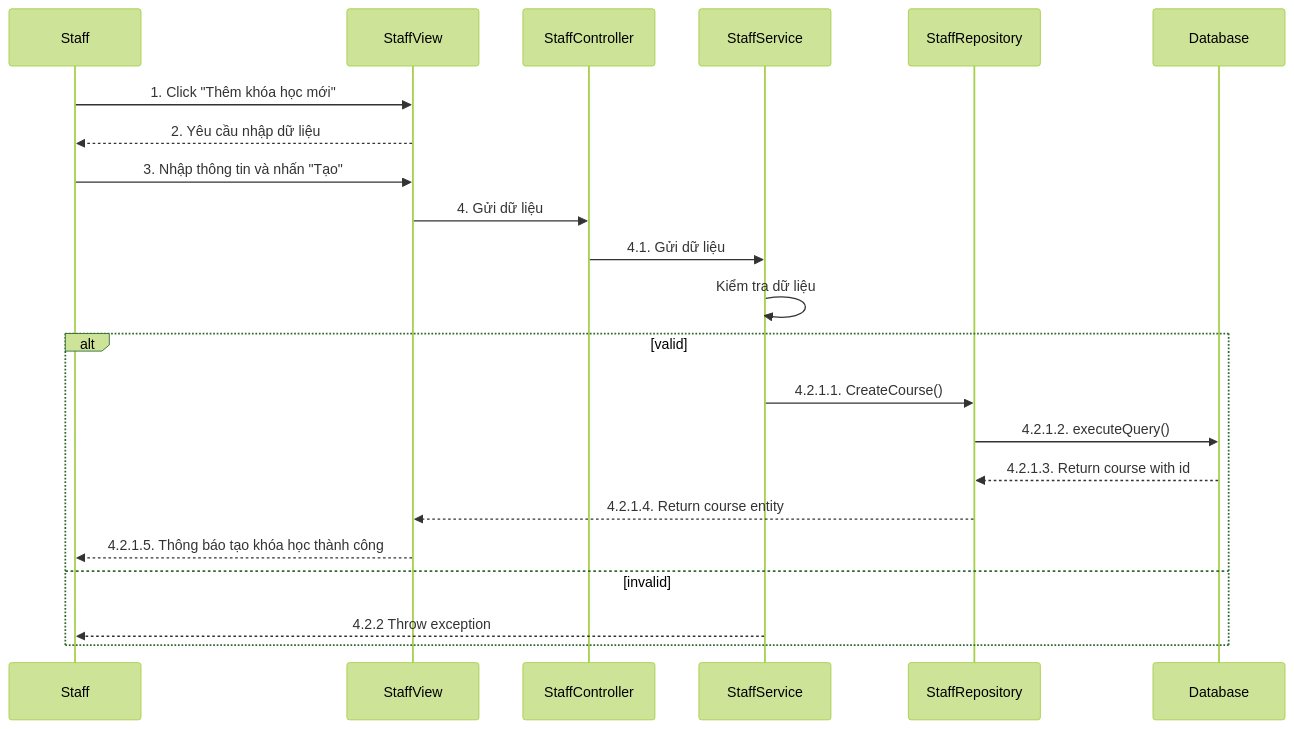
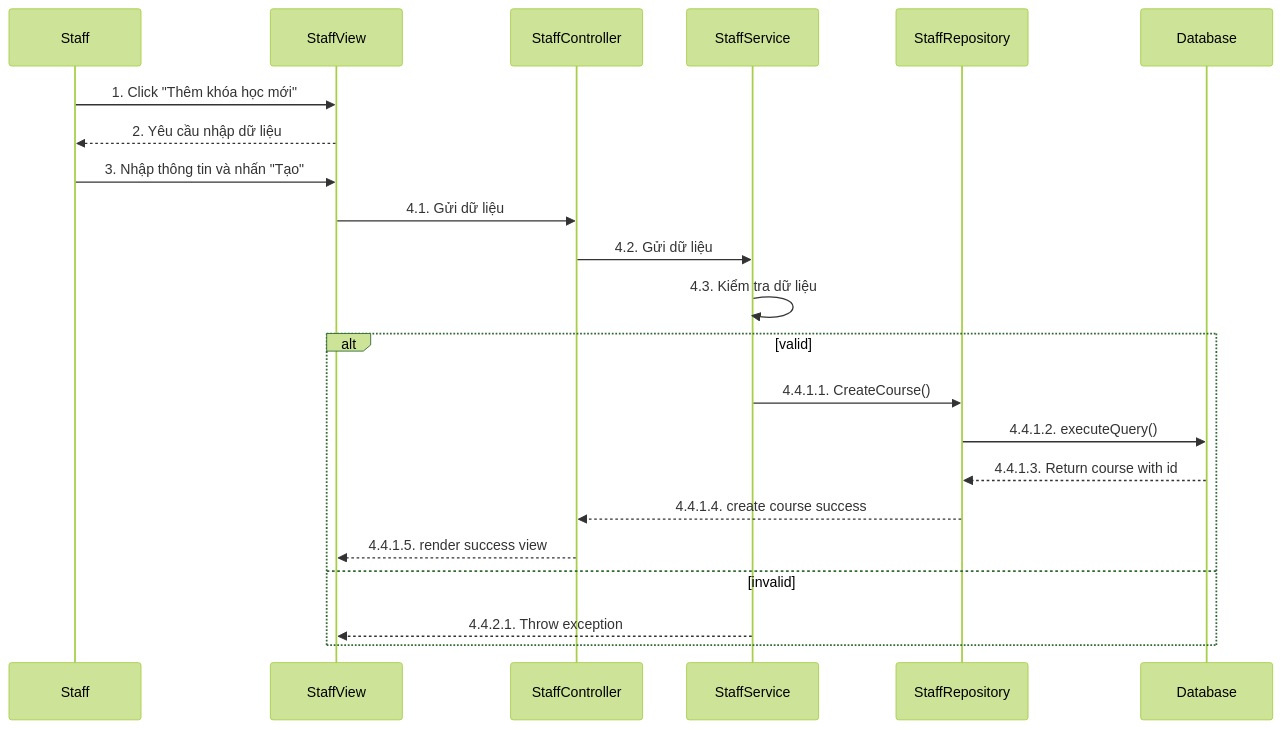
The diagram in sequence/staff/Sequence-2-1.TaoKhoaHoc.mmd (LienNTB/sequence-CNPM), drawn with Mermaid (forest theme) before and after one commit. The commit also changed 6 other files, not shown here.

```diff
--- a/sequence/staff/Sequence-2-1.TaoKhoaHoc.mmd
+++ b/sequence/staff/Sequence-2-1.TaoKhoaHoc.mmd
@@ -1,23 +1,23 @@
 sequenceDiagram
     participant Staff
     participant StaffView
     participant StaffController
     participant StaffService
     participant StaffRepository
     participant Database
 
     Staff->>StaffView: 1. Click "Thêm khóa học mới"
     StaffView-->>Staff: 2. Yêu cầu nhập dữ liệu
     Staff->>StaffView: 3. Nhập thông tin và nhấn "Tạo"
-    StaffView->>StaffController: 4. Gửi dữ liệu
-    StaffController->>StaffService: 4.1. Gửi dữ liệu
-    StaffService->>StaffService: Kiểm tra dữ liệu
+    StaffView->>StaffController: 4.1. Gửi dữ liệu
+    StaffController->>StaffService: 4.2. Gửi dữ liệu
+    StaffService->>StaffService: 4.3. Kiểm tra dữ liệu
     alt valid
-        StaffService->>StaffRepository: 4.2.1.1. CreateCourse()
-        StaffRepository->>Database: 4.2.1.2. executeQuery()
-        Database-->>StaffRepository: 4.2.1.3. Return course with id
-        StaffRepository-->>StaffView: 4.2.1.4. Return course entity
-        StaffView-->>Staff: 4.2.1.5. Thông báo tạo khóa học thành công
+        StaffService->>StaffRepository: 4.4.1.1. CreateCourse()
+        StaffRepository->>Database: 4.4.1.2. executeQuery()
+        Database-->>StaffRepository: 4.4.1.3. Return course with id
+        StaffRepository-->>StaffController: 4.4.1.4. create course success
+        StaffController-->>StaffView: 4.4.1.5. render success view
     else invalid
-        StaffService-->>Staff: 4.2.2 Throw exception
+        StaffService-->>StaffView: 4.4.2.1. Throw exception
     end
```
